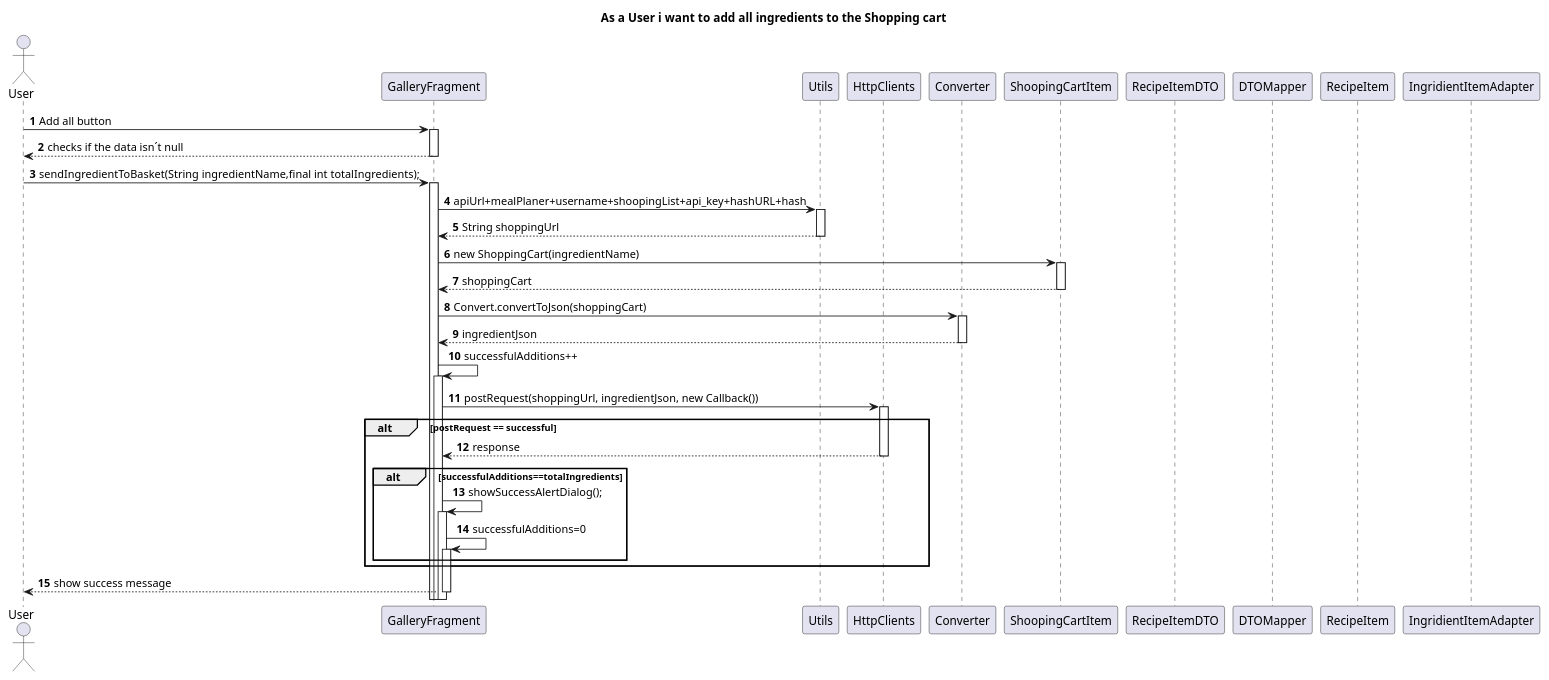
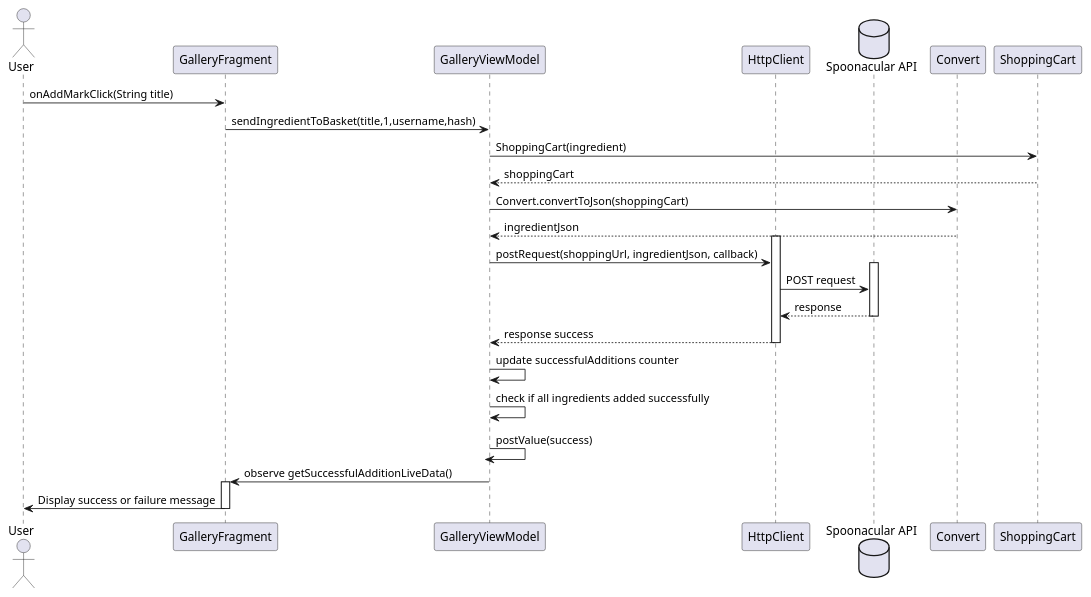
One commit to IsepMartimOliveira/DSSMV_ProjectDroid_1181754 changed the diagram in Documents/US/US05/SD.puml. Above: the diagram before and after it, drawn with PlantUML. The commit also changed 7 other files, not shown here.

```diff
--- a/Documents/US/US05/SD.puml
+++ b/Documents/US/US05/SD.puml
@@ -1,45 +1,37 @@
 @startuml
-autoactivate on
-autonumber
-title As a User i want to add all ingredients to the Shopping cart
-autonumber
-actor "User" as US
-participant GalleryFragment as RP
-participant Utils as Utils
+actor User as User
+participant "GalleryFragment" as GalleryFragment
+participant "GalleryViewModel" as GalleryViewModel
+participant "HttpClient" as HttpClient
+database "Spoonacular API" as Server
+participant "Convert" as Convert
+participant "ShoppingCart" as ShoppingCart
 
-participant HttpClients as HTTP
-participant "Converter" as CV
+User -> GalleryFragment: onAddMarkClick(String title)
+GalleryFragment -> GalleryViewModel: sendIngredientToBasket(title,1,username,hash)
+GalleryViewModel->ShoppingCart:ShoppingCart(ingredient)
+ShoppingCart-->GalleryViewModel: shoppingCart
+GalleryViewModel->Convert:Convert.convertToJson(shoppingCart)
+Convert-->GalleryViewModel:ingredientJson
 
-participant "ShoopingCartItem" as  DTO
-participant "RecipeItemDTO" as DTO2
+activate HttpClient
 
-participant DTOMapper as Mapper
+GalleryViewModel -> HttpClient: postRequest(shoppingUrl, ingredientJson, callback)
+activate Server
 
-participant "RecipeItem" as User
-participant IngridientItemAdapter as SP
+HttpClient->Server:POST request
+Server-->"HttpClient":response
 
-US->RP:Add all button
-RP-->US:checks if the data isn´t null
-
-
-US->RP:sendIngredientToBasket(String ingredientName,final int totalIngredients);
-RP->Utils:apiUrl+mealPlaner+username+shoopingList+api_key+hashURL+hash
-Utils-->RP:String shoppingUrl
-RP->DTO:new ShoppingCart(ingredientName)
-DTO-->RP:shoppingCart
-RP->CV:Convert.convertToJson(shoppingCart)
-CV-->RP:ingredientJson
-RP->RP: successfulAdditions++
-RP->HTTP:postRequest(shoppingUrl, ingredientJson, new Callback())
-alt postRequest == successful
-HTTP-->RP:response
-
-alt successfulAdditions==totalIngredients
-RP->RP:showSuccessAlertDialog();
-RP->RP: successfulAdditions=0
-end
-end
-RP-->US:show success message
-
+deactivate Server
+HttpClient --> GalleryViewModel: response success
+deactivate HttpClient
+GalleryViewModel -> GalleryViewModel: update successfulAdditions counter
+GalleryViewModel -> GalleryViewModel: check if all ingredients added successfully
+GalleryViewModel -> GalleryViewModel: postValue(success)
+deactivate GalleryViewModel
+GalleryViewModel -> GalleryFragment: observe getSuccessfulAdditionLiveData()
+activate GalleryFragment
+GalleryFragment -> User: Display success or failure message
+deactivate GalleryFragment
 
 @enduml
```
